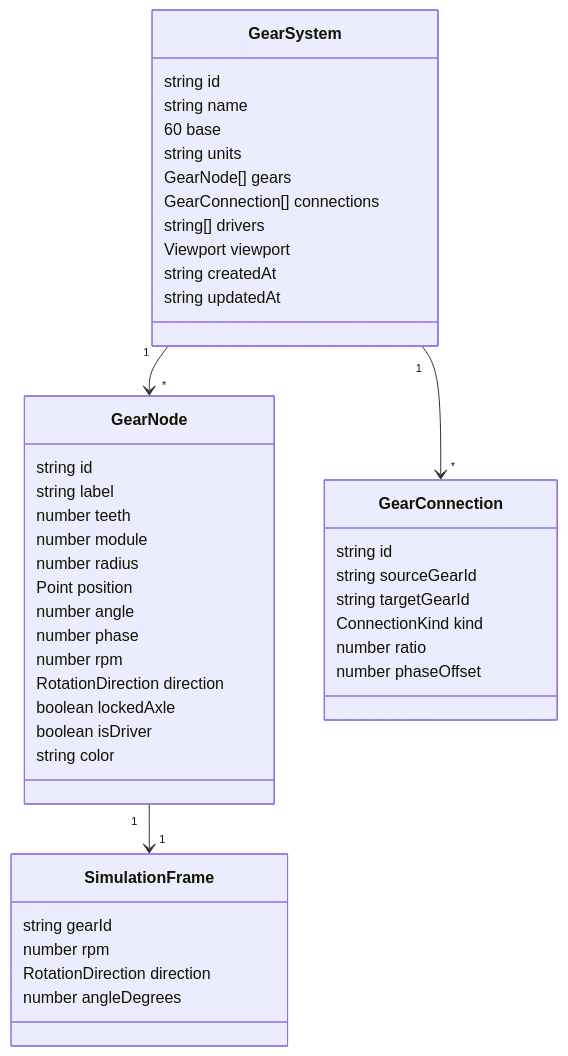
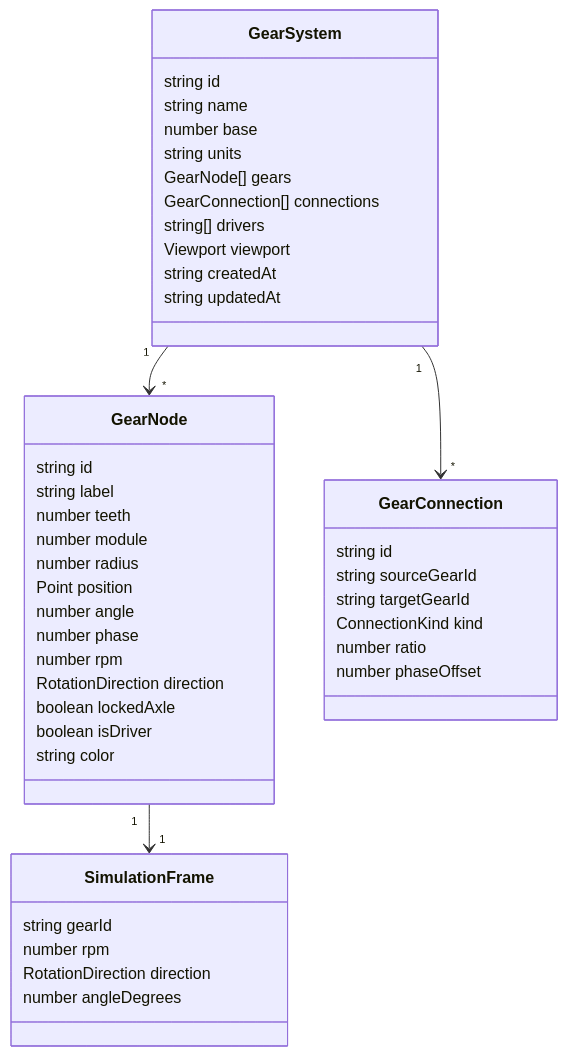
One commit to mjshuff23/interactive-gear-simulator changed the second of 4 diagrams in docs/architecture/system-map.md. Above: the diagram before and after it, drawn with Mermaid. The commit also changed other lines of this file and 1 other file, not shown here.

````diff
--- a/docs/architecture/system-map.md
+++ b/docs/architecture/system-map.md
@@ -25,51 +25,51 @@
 ```mermaid
 classDiagram
   class GearSystem {
     string id
     string name
-    60 base
+    number base
     string units
     GearNode[] gears
     GearConnection[] connections
     string[] drivers
     Viewport viewport
     string createdAt
     string updatedAt
   }
 
   class GearNode {
     string id
     string label
     number teeth
     number module
     number radius
     Point position
     number angle
     number phase
     number rpm
     RotationDirection direction
     boolean lockedAxle
     boolean isDriver
     string color
   }
 
   class GearConnection {
     string id
     string sourceGearId
     string targetGearId
     ConnectionKind kind
     number ratio
     number phaseOffset
   }
 
   class SimulationFrame {
     string gearId
     number rpm
     RotationDirection direction
     number angleDegrees
   }
 
   GearSystem "1" --> "*" GearNode
   GearSystem "1" --> "*" GearConnection
   GearNode "1" --> "1" SimulationFrame
 ```
````
